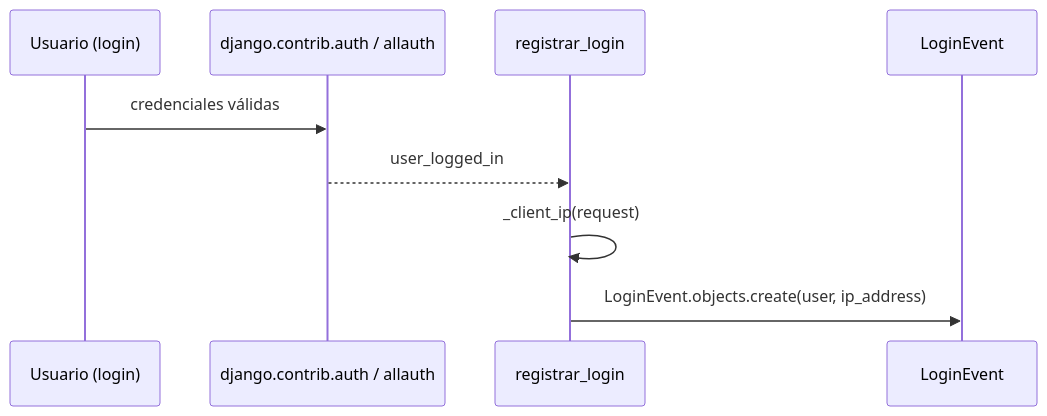
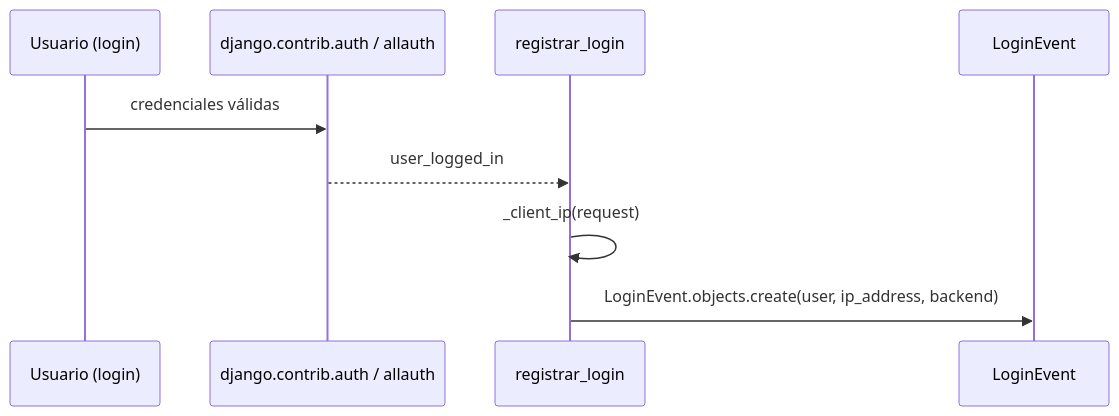
The diagram in polizador/knowledge_base/core/signals/registrar_login.md (WillyLobo/polizador-production2-dev), drawn with Mermaid before and after one commit. The commit also changed other lines of this file and 720 other files, not shown here.

````diff
--- a/polizador/knowledge_base/core/signals/registrar_login.md
+++ b/polizador/knowledge_base/core/signals/registrar_login.md
@@ -30,12 +32,12 @@
 ```mermaid
 sequenceDiagram
     participant U as Usuario (login)
     participant D as django.contrib.auth / allauth
     participant S as registrar_login
     participant L as LoginEvent
 
     U->>D: credenciales válidas
     D-->>S: user_logged_in
     S->>S: _client_ip(request)
-    S->>L: LoginEvent.objects.create(user, ip_address)
+    S->>L: LoginEvent.objects.create(user, ip_address, backend)
 ```
````
